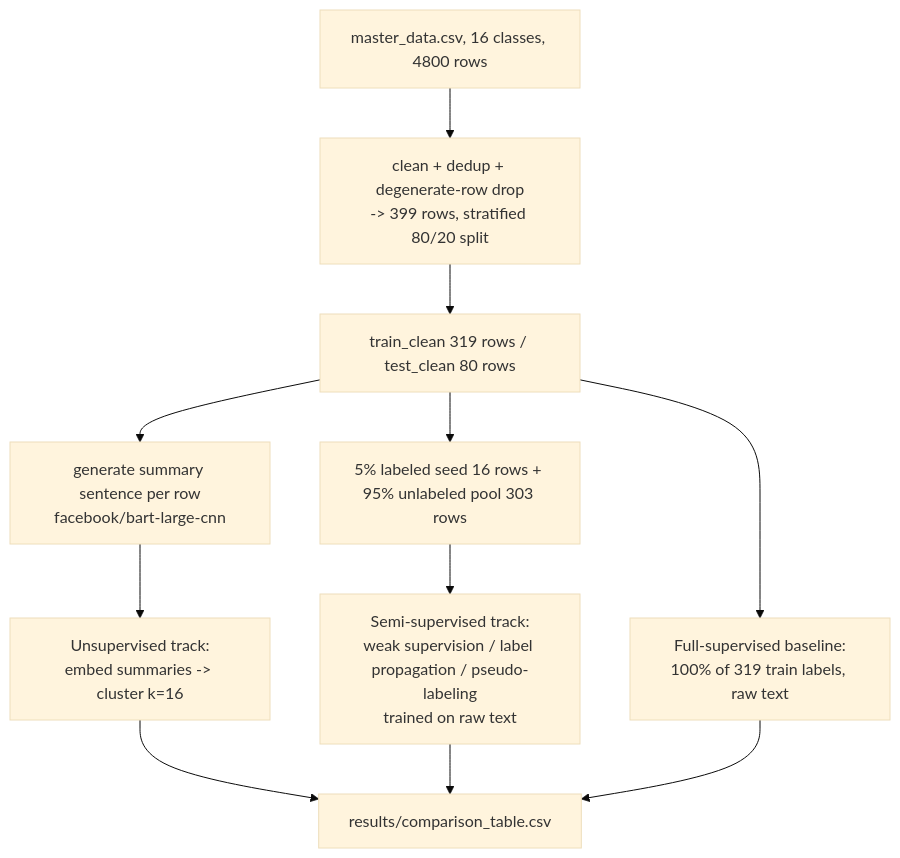
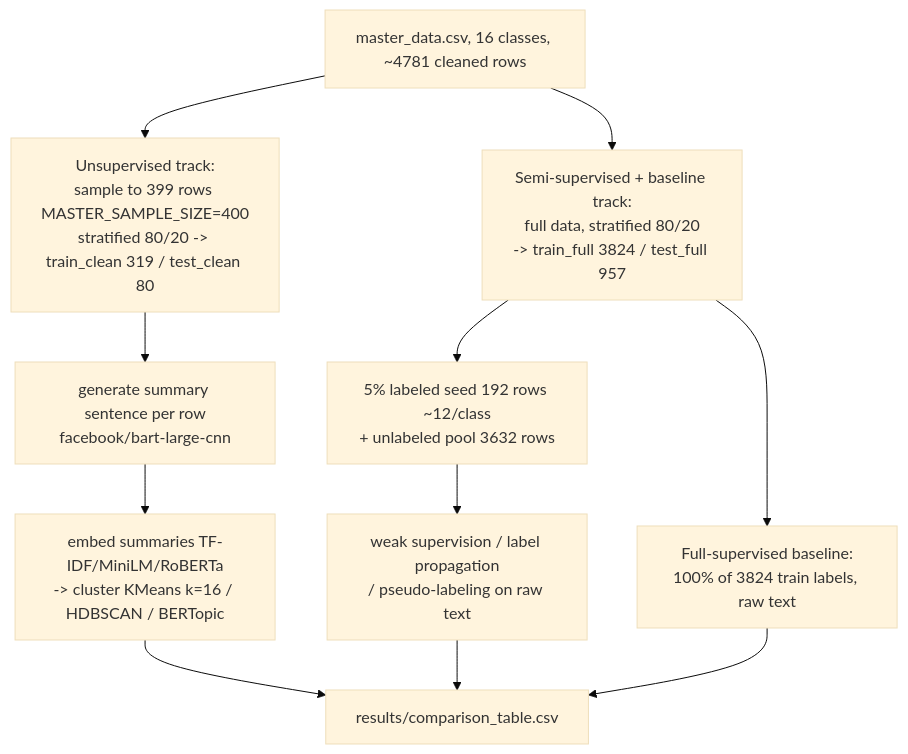
Before and after one commit to dg-ng/auto-labelling: the first of 3 diagrams in PROJECT_SUMMARY.md, drawn with Mermaid (base theme). The commit also changed other lines of this file and 4 other files, not shown here.

````diff
--- a/PROJECT_SUMMARY.md
+++ b/PROJECT_SUMMARY.md
@@ -69,13 +77,13 @@
 ```mermaid
 flowchart TD
-    A[master_data.csv, 16 classes, 4800 rows] --> B[clean + dedup + degenerate-row drop\n-> 399 rows, stratified 80/20 split]
-    B --> C[train_clean 319 rows / test_clean 80 rows]
-    C --> D[generate summary sentence per row\nfacebook/bart-large-cnn]
-    D --> E[Unsupervised track:\nembed summaries -> cluster k=16]
-    C --> F[5% labeled seed 16 rows + 95% unlabeled pool 303 rows]
-    F --> G[Semi-supervised track:\nweak supervision / label propagation / pseudo-labeling\ntrained on raw text]
-    C --> H[Full-supervised baseline:\n100% of 319 train labels, raw text]
+    A[master_data.csv, 16 classes, ~4781 cleaned rows] --> B1[Unsupervised track:\nsample to 399 rows MASTER_SAMPLE_SIZE=400\nstratified 80/20 -> train_clean 319 / test_clean 80]
+    A --> B2[Semi-supervised + baseline track:\nfull data, stratified 80/20\n-> train_full 3824 / test_full 957]
+    B1 --> D[generate summary sentence per row\nfacebook/bart-large-cnn]
+    D --> E[embed summaries TF-IDF/MiniLM/RoBERTa\n-> cluster KMeans k=16 / HDBSCAN / BERTopic]
+    B2 --> F[5% labeled seed 192 rows ~12/class\n+ unlabeled pool 3632 rows]
+    F --> G[weak supervision / label propagation\n/ pseudo-labeling on raw text]
+    B2 --> H[Full-supervised baseline:\n100% of 3824 train labels, raw text]
     E --> I[results/comparison_table.csv]
     G --> I
     H --> I
 ```
````
